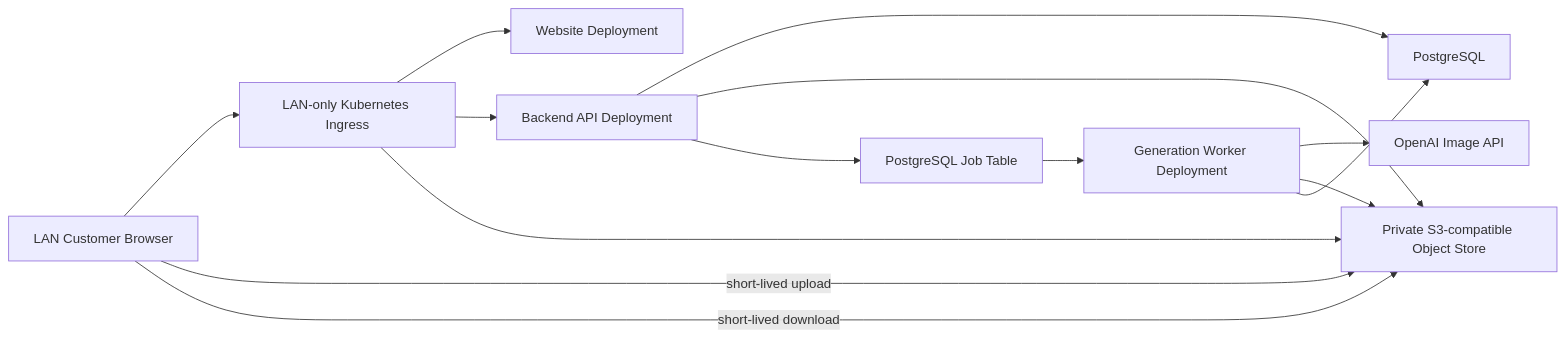
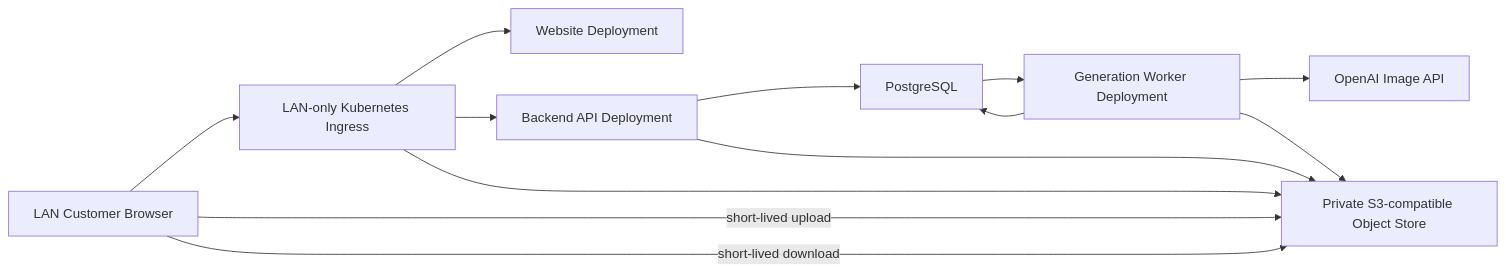
Before and after one commit to tongking6/ai-artist: the diagram in docs/ai-artist/hld/milestone-1-high-level-design.md, drawn with Mermaid. The commit also changed other lines of this file and 8 other files, not shown here.

````diff
--- a/docs/ai-artist/hld/milestone-1-high-level-design.md
+++ b/docs/ai-artist/hld/milestone-1-high-level-design.md
@@ -92,16 +92,15 @@
 ```mermaid
 flowchart LR
   U[LAN Customer Browser] --> I[LAN-only Kubernetes Ingress]
   I --> W[Website Deployment]
   I --> API[Backend API Deployment]
   I --> O[Private S3-compatible Object Store]
   API --> DB[PostgreSQL]
   API --> O
   U -->|short-lived upload| O
-  API --> Q[PostgreSQL Job Table]
-  Q --> GW[Generation Worker Deployment]
+  DB --> GW[Generation Worker Deployment]
   GW --> P[OpenAI Image API]
   GW --> O
   GW --> DB
   U -->|short-lived download| O
 ```
````
